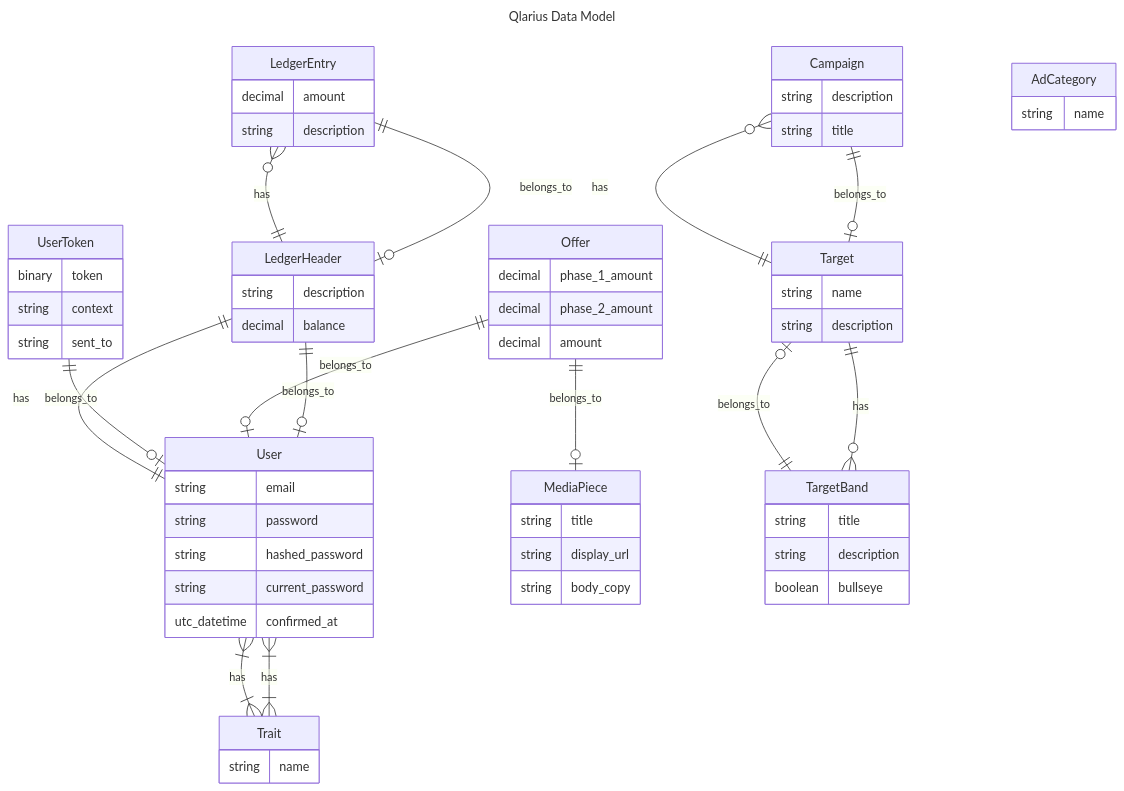
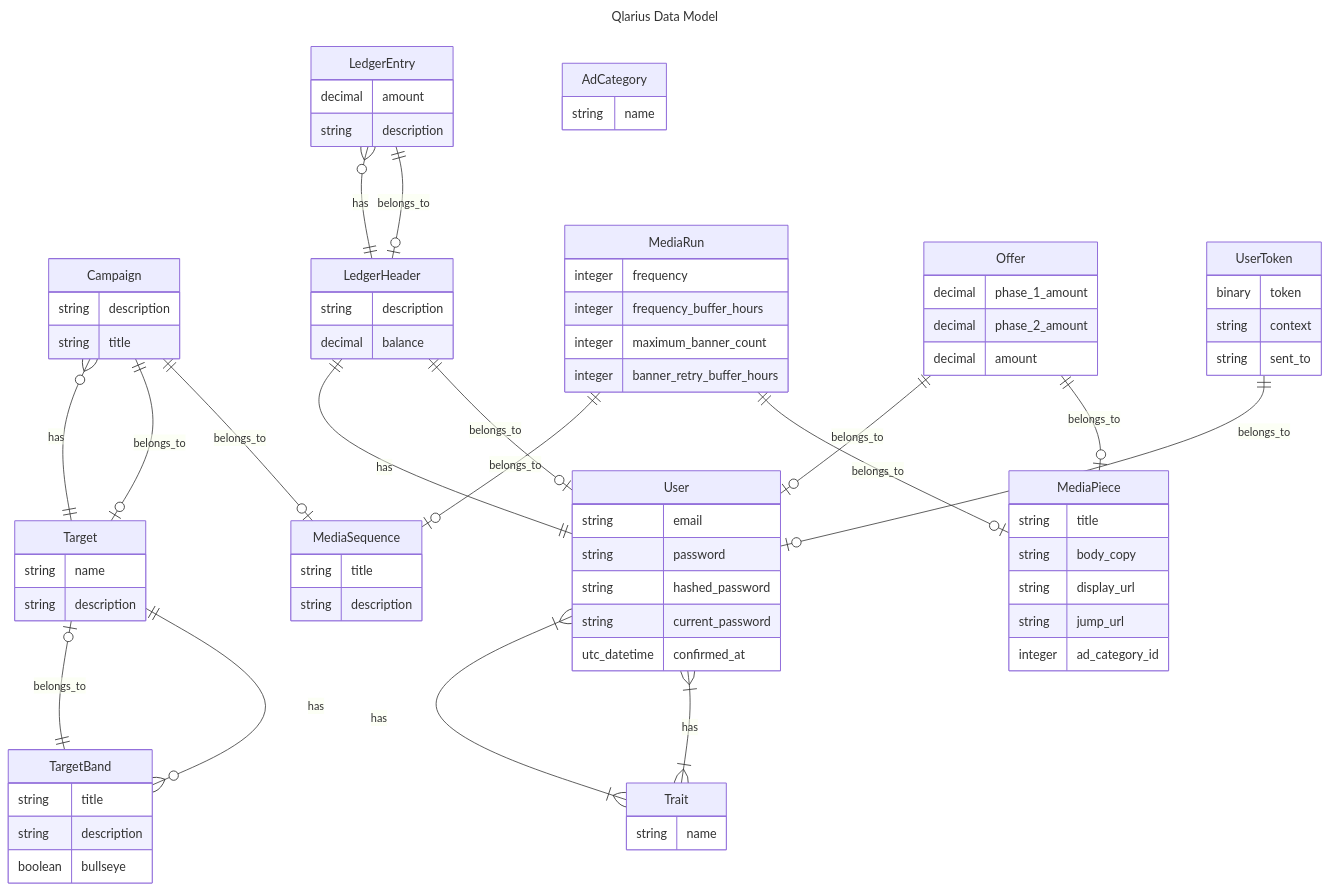
The diagram in docs/data_model.mmd (Qlarius/qlarius), drawn with Mermaid before and after one commit. The commit also changed 20 other files, not shown here.

```diff
--- a/docs/data_model.mmd
+++ b/docs/data_model.mmd
@@ -1,77 +1,94 @@
 ---
 title: Qlarius Data Model
 ---
 erDiagram
+    Campaign ||--o| MediaSequence : belongs_to
     Campaign ||--o| Target : belongs_to
     LedgerEntry ||--o| LedgerHeader : belongs_to
     LedgerHeader ||--o{ LedgerEntry : has
     LedgerHeader ||--o| User : belongs_to
+    MediaRun ||--o| MediaPiece : belongs_to
+    MediaRun ||--o| MediaSequence : belongs_to
     Offer ||--o| MediaPiece : belongs_to
     Offer ||--o| User : belongs_to
     Target ||--o{ Campaign : has
     Target ||--o{ TargetBand : has
     TargetBand ||--o| Target : belongs_to
     Trait }|--|{ User : has
     User ||--|| LedgerHeader : has
     User }|--|{ Trait : has
     UserToken ||--o| User : belongs_to
 
     Trait {
         string name
     }
 
     Offer {
         decimal phase_1_amount
         decimal phase_2_amount
         decimal amount
     }
 
     User {
         string email
         string password
         string hashed_password
         string current_password
         utc_datetime confirmed_at
     }
 
     UserToken {
         binary token
         string context
         string sent_to
     }
 
+    MediaSequence {
+        string title
+        string description
+    }
+
+    MediaRun {
+        integer frequency
+        integer frequency_buffer_hours
+        integer maximum_banner_count
+        integer banner_retry_buffer_hours
+    }
+
+    MediaPiece {
+        string title
+        string body_copy
+        string display_url
+        string jump_url
+        integer ad_category_id
+    }
+
     LedgerEntry {
         decimal amount
         string description
     }
 
     AdCategory {
         string name
     }
 
     TargetBand {
         string title
         string description
         boolean bullseye
-    }
-
-    MediaPiece {
-        string title
-        string display_url
-        string body_copy
     }
 
     Campaign {
         string description
         string title
     }
 
     Target {
         string name
         string description
     }
 
     LedgerHeader {
         string description
         decimal balance
     }
```
